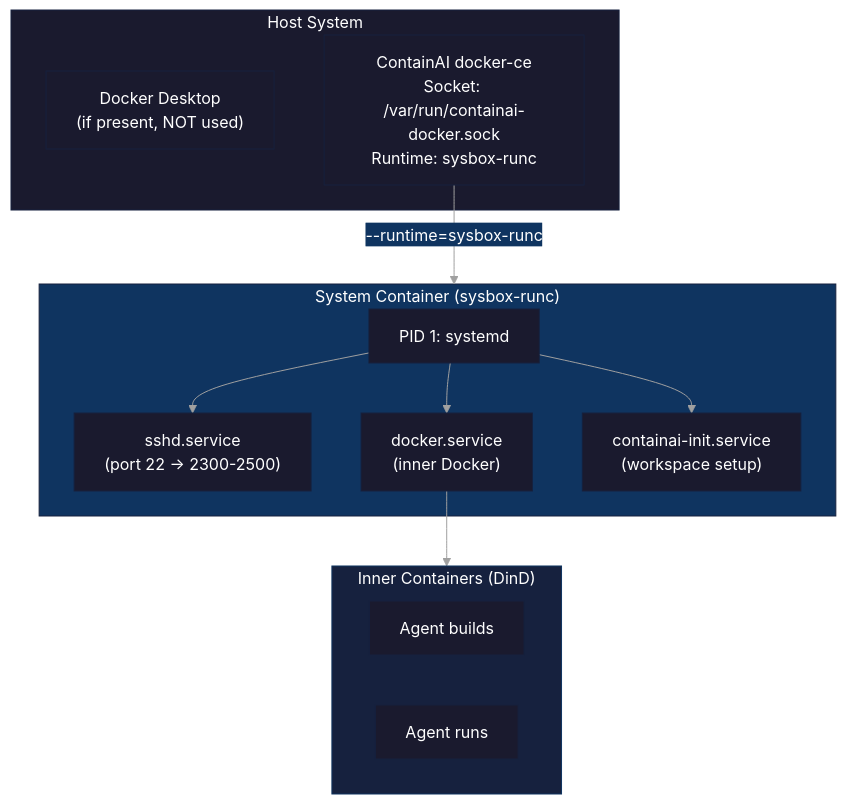
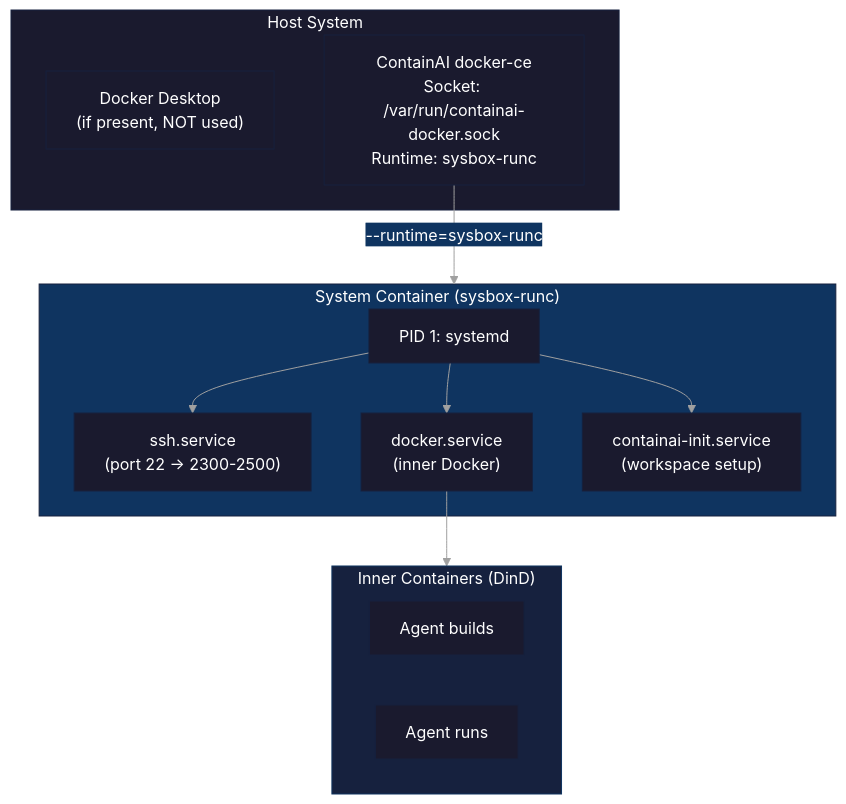
One commit to novotnyllc/ContainAI changed the second of 11 diagrams in docs/architecture.md. Above: the diagram before and after it, drawn with Mermaid. The commit also changed other lines of this file, not shown here.

First line of the commit message:
docs(architecture): address review feedback

````diff
--- a/docs/architecture.md
+++ b/docs/architecture.md
@@ -103,39 +103,39 @@
 ```mermaid
 %%{init: {'theme': 'base', 'themeVariables': {
   'primaryColor': '#1a1a2e',
   'primaryTextColor': '#ffffff',
   'primaryBorderColor': '#16213e',
   'secondaryColor': '#0f3460',
   'tertiaryColor': '#1a1a2e',
   'lineColor': '#a0a0a0',
   'textColor': '#ffffff',
   'background': '#0d1117'
 }}}%%
 flowchart TB
     subgraph Host["Host System"]
         DD["Docker Desktop<br/>(if present, NOT used)"]
         CAI["ContainAI docker-ce<br/>Socket: /var/run/containai-docker.sock<br/>Runtime: sysbox-runc"]
     end
 
     subgraph SysContainer["System Container (sysbox-runc)"]
         Systemd["PID 1: systemd"]
-        SSHD["sshd.service<br/>(port 22 -> 2300-2500)"]
+        SSHD["ssh.service<br/>(port 22 -> 2300-2500)"]
         Dockerd["docker.service<br/>(inner Docker)"]
         Init["containai-init.service<br/>(workspace setup)"]
     end
 
     subgraph Inner["Inner Containers (DinD)"]
         App1["Agent builds"]
         App2["Agent runs"]
     end
 
     CAI -->|"--runtime=sysbox-runc"| SysContainer
     Systemd --> SSHD
     Systemd --> Dockerd
     Systemd --> Init
     Dockerd --> Inner
 
     style Host fill:#1a1a2e,stroke:#16213e,color:#fff
     style SysContainer fill:#0f3460,stroke:#16213e,color:#fff
     style Inner fill:#16213e,stroke:#0f3460,color:#fff
 ```
````
